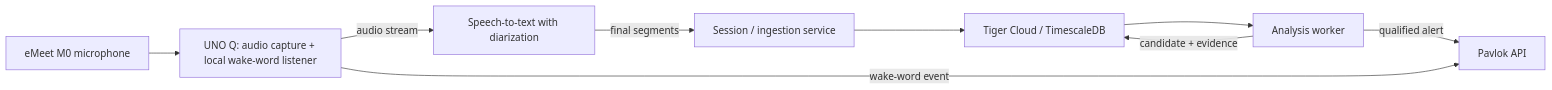
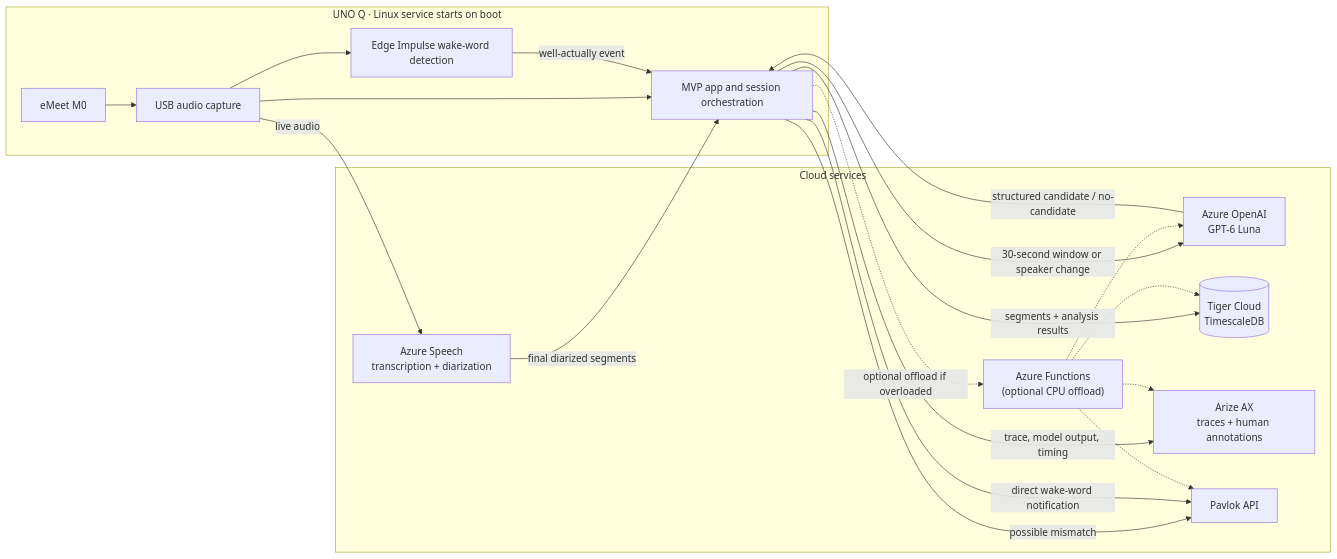
One commit to jimbobbennett/well-actually changed the diagram in docs/research.md. Above: the diagram before and after it, drawn with Mermaid. The commit also changed other lines of this file, not shown here.

Commit message:
Document MVP architecture and data flow

````diff
--- a/docs/research.md
+++ b/docs/research.md
@@ -14,11 +14,32 @@
 ```mermaid
 flowchart LR
-    Mic["eMeet M0 microphone"] --> Uno["UNO Q: audio capture + local wake-word listener"]
-    Uno -->|audio stream| Speech["Speech-to-text with diarization"]
-    Speech -->|final segments| API["Session / ingestion service"]
-    API --> DB["Tiger Cloud / TimescaleDB"]
-    DB --> Worker["Analysis worker"]
-    Worker -->|candidate + evidence| DB
-    Worker -->|qualified alert| Pavlok["Pavlok API"]
-    Uno -->|wake-word event| Pavlok
+    subgraph Edge["UNO Q · Linux service starts on boot"]
+        Mic["eMeet M0"] --> Capture["USB audio capture"]
+        Capture --> Wake["Edge Impulse wake-word detection"]
+        Capture --> App["MVP app and session orchestration"]
+        Wake -->|well-actually event| App
+    end
+
+    subgraph Cloud["Cloud services"]
+        Speech["Azure Speech<br/>transcription + diarization"]
+        LLM["Azure OpenAI<br/>GPT-6 Luna"]
+        DB[("Tiger Cloud<br/>TimescaleDB")]
+        AX["Arize AX<br/>traces + human annotations"]
+        Pavlok["Pavlok API"]
+        Functions["Azure Functions<br/>(optional CPU offload)"]
+    end
+
+    Capture -->|live audio| Speech
+    Speech -->|final diarized segments| App
+    App -->|segments + analysis results| DB
+    App -->|30-second window or speaker change| LLM
+    LLM -->|structured candidate / no-candidate| App
+    App -->|trace, model output, timing| AX
+    App -->|possible mismatch| Pavlok
+    App -->|direct wake-word notification| Pavlok
+    App -.->|optional offload if overloaded| Functions
+    Functions -.-> DB
+    Functions -.-> LLM
+    Functions -.-> AX
+    Functions -.-> Pavlok
 ```
````
